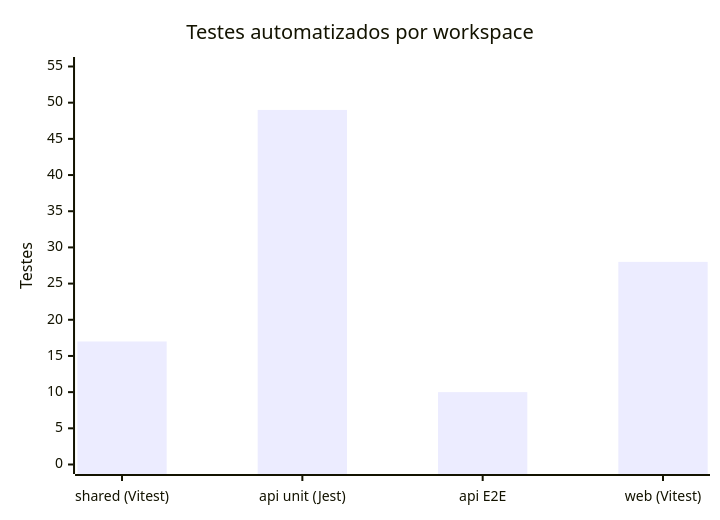
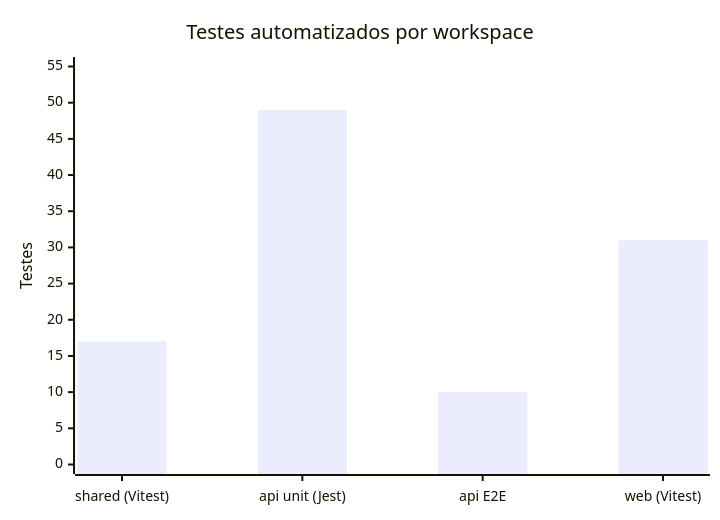
Before and after one commit to Digooow/pokedex-frontend: the ninth of 12 diagrams in README.md, drawn with Mermaid. The commit also changed other lines of this file and 59 other files, not shown here.

````diff
--- a/README.md
+++ b/README.md
@@ -519,7 +520,7 @@
 ```mermaid
 xychart-beta
   title "Testes automatizados por workspace"
   x-axis ["shared (Vitest)", "api unit (Jest)", "api E2E", "web (Vitest)"]
   y-axis "Testes" 0 --> 55
-  bar [17, 49, 10, 28]
+  bar [17, 49, 10, 31]
 ```
````
